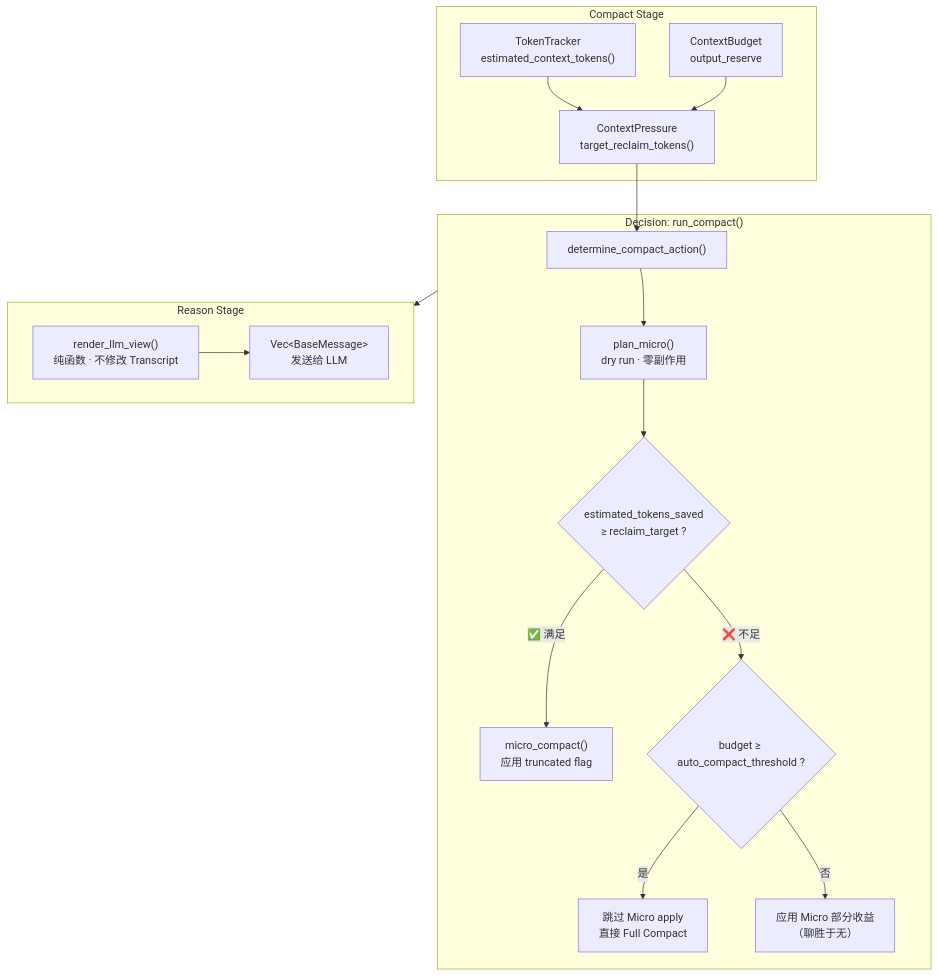
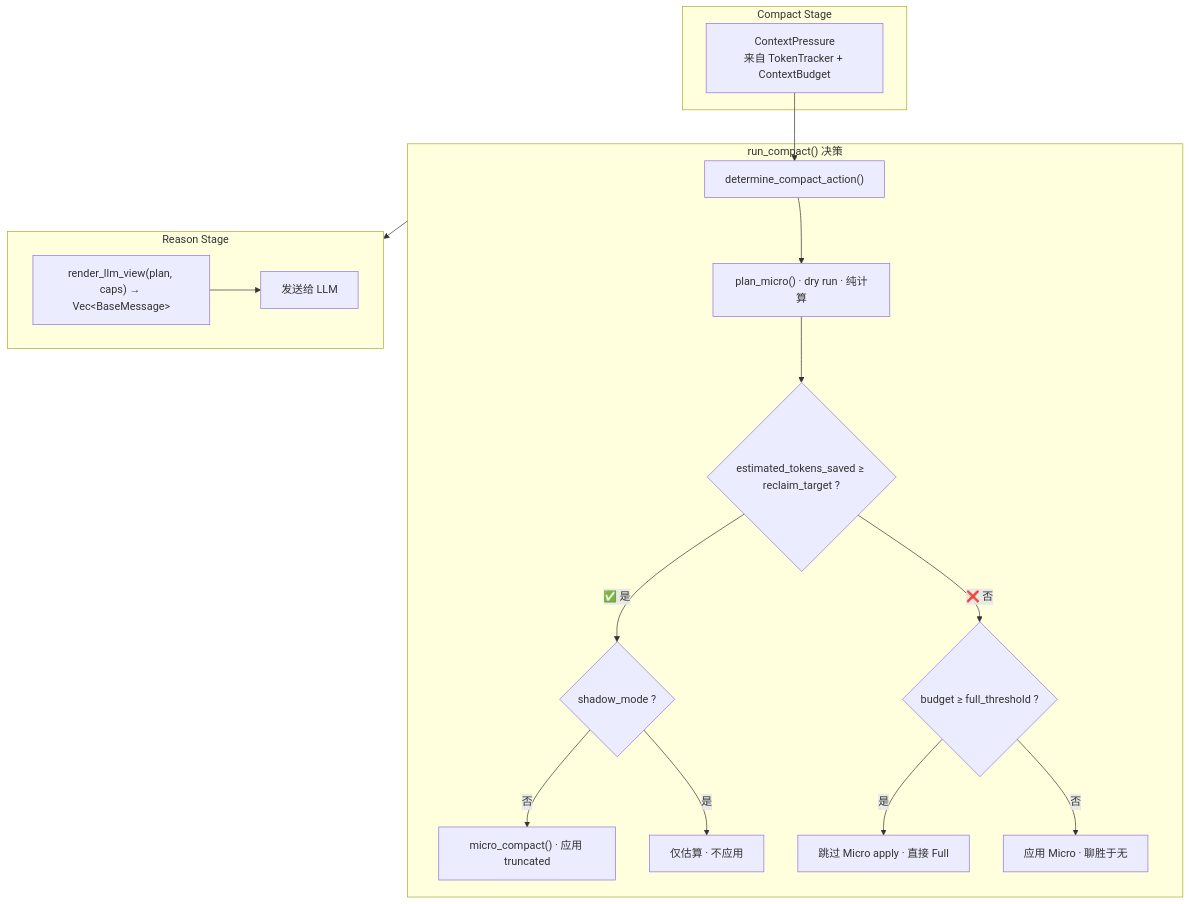
Before and after one commit to KonghaYao/peri: the first of 3 diagrams in docs/design/micro-compact-improvement-proposals.md, drawn with Mermaid. The commit also changed other lines of this file, not shown here.

First line of the commit message:
docs: 重写 Micro Compact 设计文档为工程风格

````diff
--- a/docs/design/micro-compact-improvement-proposals.md
+++ b/docs/design/micro-compact-improvement-proposals.md
@@ -25,31 +21,29 @@
 ```mermaid
 flowchart TB
-    subgraph Compact["Compact Stage"]
-        TT["TokenTracker<br/>estimated_context_tokens()"]
-        CB["ContextBudget<br/>output_reserve"]
-        CP["ContextPressure<br/>target_reclaim_tokens()"]
-        TT --> CP
-        CB --> CP
+    subgraph COMPACT["Compact Stage"]
+        CP["ContextPressure<br/>来自 TokenTracker + ContextBudget"]
     end
 
-    subgraph Decision["Decision: run_compact()"]
+    CP --> DAC
+
+    subgraph DECISION["run_compact() 决策"]
         DAC["determine_compact_action()"]
-        PM["plan_micro()<br/>dry run · 零副作用"]
-        CP --> DAC
+        PM["plan_micro() · dry run · 纯计算"]
         DAC --> PM
-
-        PM --> Q{"estimated_tokens_saved<br/>≥ reclaim_target ?"}
-        Q -->|"✅ 满足"| APPLY["micro_compact()<br/>应用 truncated flag"]
-        Q -->|"❌ 不足"| Q2{"budget ≥ auto_compact_threshold ?"}
-        Q2 -->|"是"| SKIP_FULL["跳过 Micro apply<br/>直接 Full Compact"]
-        Q2 -->|"否"| PARTIAL["应用 Micro 部分收益<br/>（聊胜于无）"]
+        PM --> Q1{"estimated_tokens_saved ≥ reclaim_target ?"}
+        Q1 -->|"✅ 是"| Q2{"shadow_mode ?"}
+        Q2 -->|否| APPLY["micro_compact() · 应用 truncated"]
+        Q2 -->|是| SHADOW["仅估算 · 不应用"]
+        Q1 -->|"❌ 否"| Q3{"budget ≥ full_threshold ?"}
+        Q3 -->|是| SKIP["跳过 Micro apply · 直接 Full"]
+        Q3 -->|否| PARTIAL["应用 Micro · 聊胜于无"]
     end
 
-    subgraph Reason["Reason Stage"]
-        RLV["render_llm_view()<br/>纯函数 · 不修改 Transcript"]
-        LLM["Vec&lt;BaseMessage&gt;<br/>发送给 LLM"]
+    subgraph REASON["Reason Stage"]
+        RLV["render_llm_view(plan, caps) → Vec&lt;BaseMessage&gt;"]
+        LLM["发送给 LLM"]
         RLV --> LLM
     end
 
-    Decision --> Reason
+    DECISION --> REASON
 ```
````
